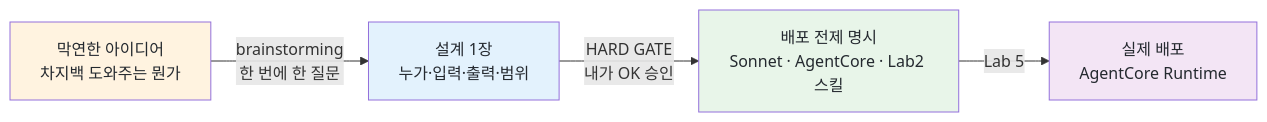
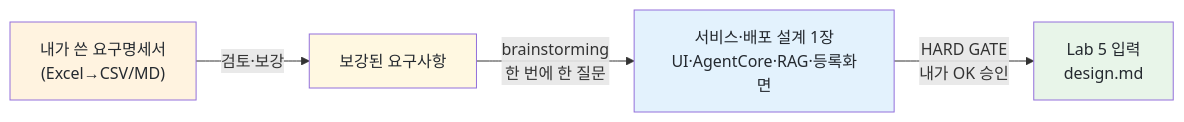
The diagram in workshop/labs/04-brainstorm-and-deploy.md (Atom-oh/claude-code-workshop), drawn with Mermaid before and after one commit. The commit also changed other lines of this file and 19 other files, not shown here.

````diff
--- a/workshop/labs/04-brainstorm-and-deploy.md
+++ b/workshop/labs/04-brainstorm-and-deploy.md
@@ -60,10 +94,10 @@
 ```mermaid
 graph LR
-    A["막연한 아이디어<br/>차지백 도와주는 뭔가"] -->|brainstorming<br/>한 번에 한 질문| B["설계 1장<br/>누가·입력·출력·범위"]
-    B -->|HARD GATE<br/>내가 OK 승인| C["배포 전제 명시<br/>Sonnet · AgentCore · Lab2 스킬"]
-    C -->|Lab 5| D["실제 배포<br/>AgentCore Runtime"]
-    style A fill:#fff3e0,color:#24292f
+    R["내가 쓴 요구명세서<br/>(Excel→CSV/MD)"] -->|검토·보강| Q["보강된 요구사항"]
+    Q -->|brainstorming<br/>한 번에 한 질문| B["서비스·배포 설계 1장<br/>UI·AgentCore·RAG·등록화면"]
+    B -->|HARD GATE<br/>내가 OK 승인| C["Lab 5 입력<br/>design.md"]
+    style R fill:#fff3e0,color:#24292f
+    style Q fill:#fff8e1,color:#24292f
     style B fill:#e3f2fd,color:#24292f
     style C fill:#e8f5e9,color:#24292f
-    style D fill:#f3e5f5,color:#24292f
 ```
````
